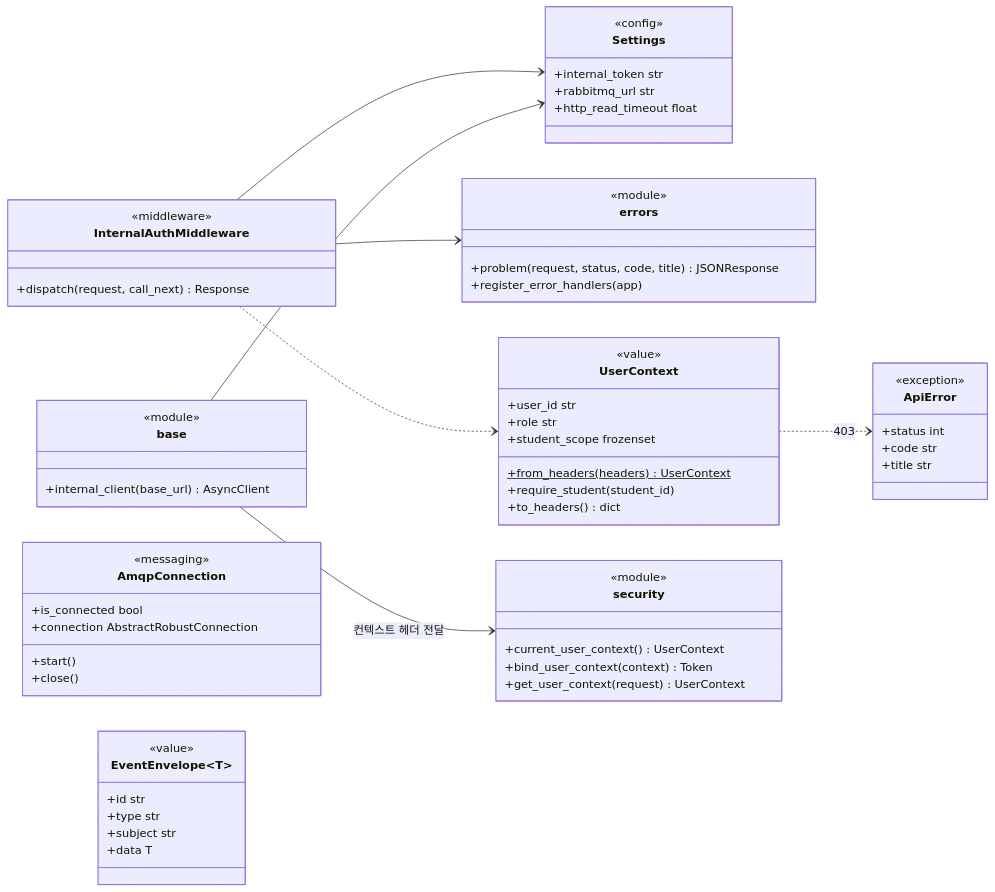
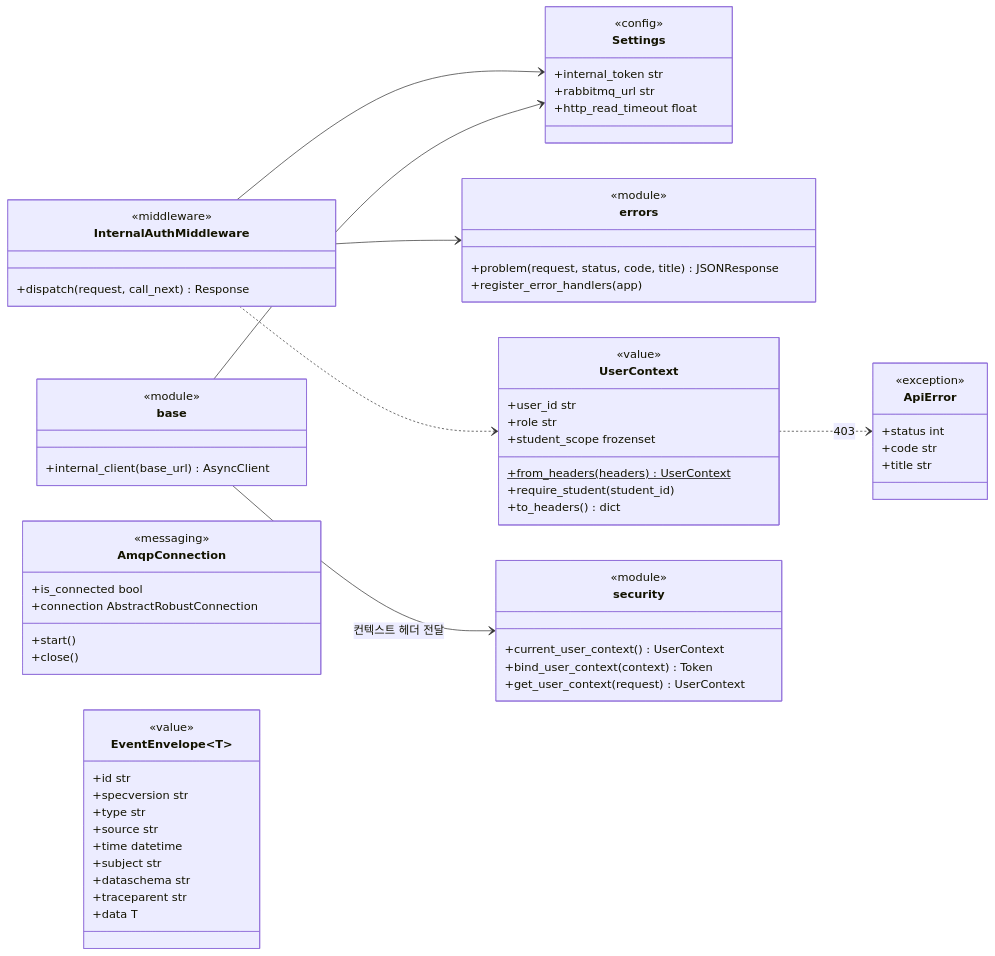
Before and after one commit to SKNETWORKS-FAMILY-AICAMP/SKN34-FINAL-3TEAM: the second of 15 diagrams in docs/design/class-diagram.md, drawn with Mermaid. The commit also changed other lines of this file and 8 other files, not shown here.

````diff
--- a/docs/design/class-diagram.md
+++ b/docs/design/class-diagram.md
@@ -145,65 +147,70 @@
 ```mermaid
 classDiagram
   direction LR
   class Settings {
     <<config>>
     +internal_token str
     +rabbitmq_url str
     +http_read_timeout float
   }
   class ApiError {
     <<exception>>
     +status int
     +code str
     +title str
   }
   class errors {
     <<module>>
     +problem(request, status, code, title) JSONResponse
     +register_error_handlers(app)
   }
   class UserContext {
     <<value>>
     +user_id str
     +role str
     +student_scope frozenset
     +from_headers(headers)$ UserContext
     +require_student(student_id)
     +to_headers() dict
   }
   class security {
     <<module>>
     +current_user_context() UserContext
     +bind_user_context(context) Token
     +get_user_context(request) UserContext
   }
   class InternalAuthMiddleware {
     <<middleware>>
     +dispatch(request, call_next) Response
   }
   class base {
     <<module>>
     +internal_client(base_url) AsyncClient
   }
   class AmqpConnection {
     <<messaging>>
     +start()
     +is_connected bool
     +connection AbstractRobustConnection
     +close()
   }
   class EventEnvelope~T~ {
     <<value>>
     +id str
+    +specversion str
     +type str
+    +source str
+    +time datetime
     +subject str
+    +dataschema str
+    +traceparent str
     +data T
   }
 
   InternalAuthMiddleware --> Settings
   InternalAuthMiddleware ..> UserContext
   InternalAuthMiddleware --> errors
   UserContext ..> ApiError : 403
   base --> security : 컨텍스트 헤더 전달
   base --> Settings
 ```
````
